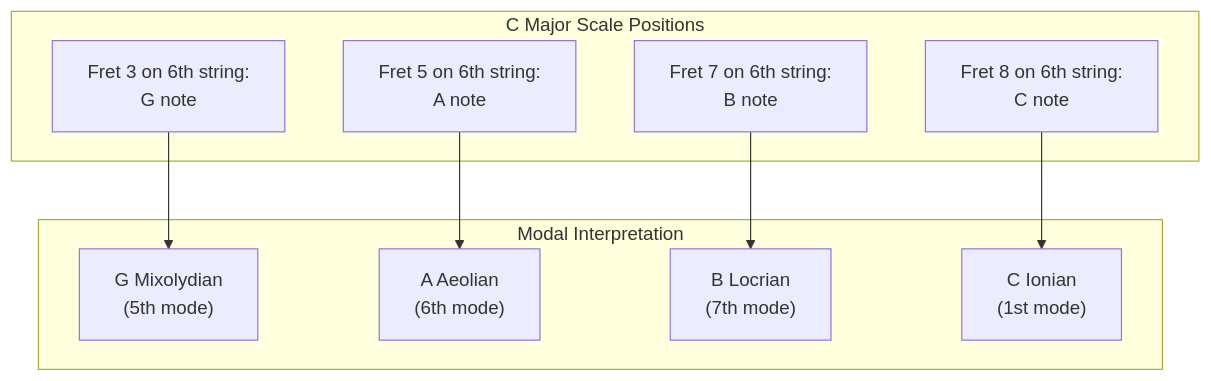
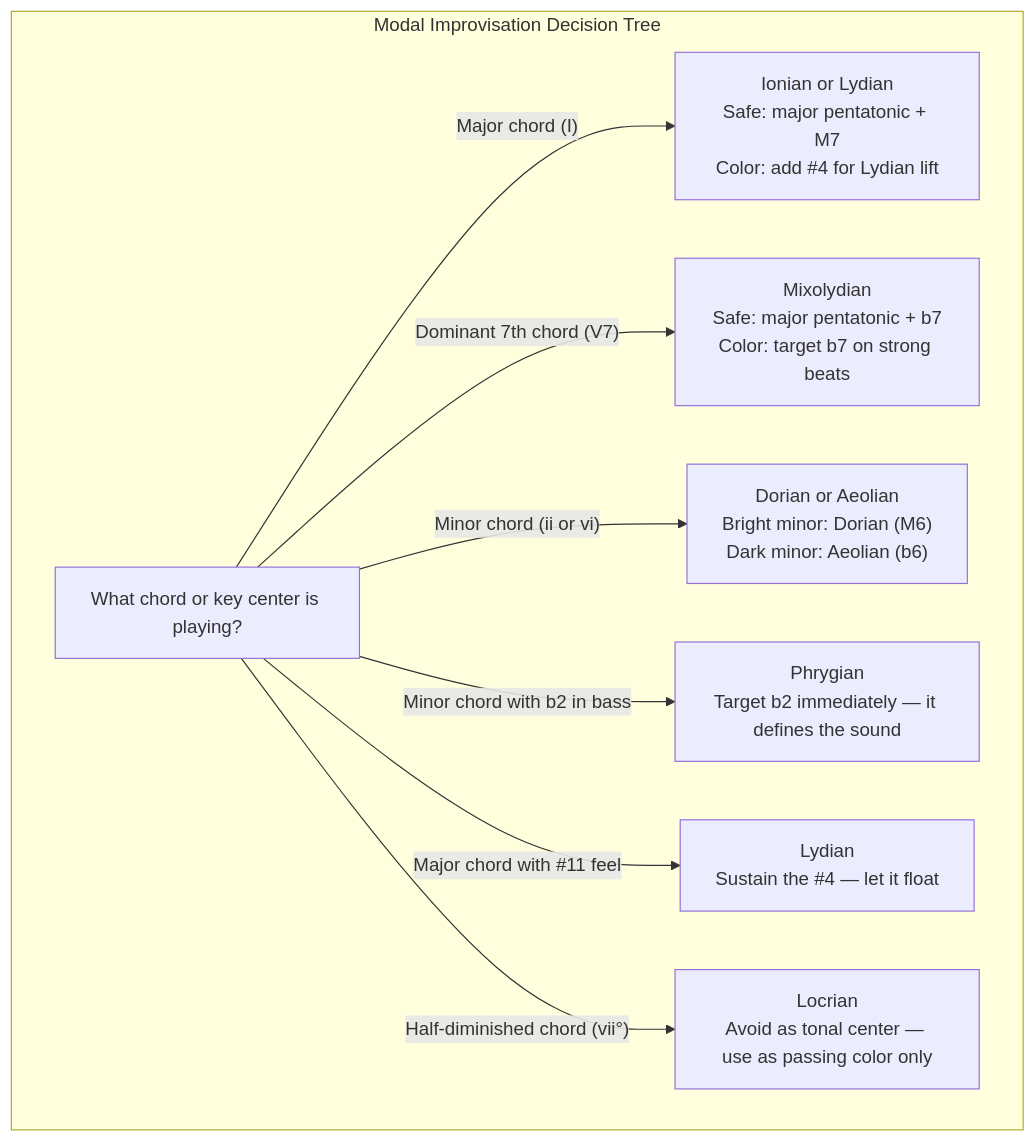
Before and after one commit to blebleblee/synapse: the sixth of 6 diagrams in topics/arts/music_performance/guitar/lesson_03_scales_and_modes.md, drawn with Mermaid. The commit also changed other lines of this file and 2 other files, not shown here.

````diff
--- a/topics/arts/music_performance/guitar/lesson_03_scales_and_modes.md
+++ b/topics/arts/music_performance/guitar/lesson_03_scales_and_modes.md
@@ -232,21 +588,12 @@
 ```mermaid
 flowchart TD
-    subgraph sub_c_major_scale_positions ["C Major Scale Positions"]
-        A["Fret 3 on 6th string:<br/>G note"] 
-        B["Fret 5 on 6th string:<br/>A note"]
-        C["Fret 7 on 6th string:<br/>B note"]
-        D["Fret 8 on 6th string:<br/>C note"]
+    subgraph sub_improv_decision_tree ["Modal Improvisation Decision Tree"]
+        A["What chord or key center is playing?"]
+        A -->|"Major chord (I)"| B["Ionian or Lydian<br/>Safe: major pentatonic + M7<br/>Color: add #4 for Lydian lift"]
+        A -->|"Dominant 7th chord (V7)"| C["Mixolydian<br/>Safe: major pentatonic + b7<br/>Color: target b7 on strong beats"]
+        A -->|"Minor chord (ii or vi)"| D["Dorian or Aeolian<br/>Bright minor: Dorian (M6)<br/>Dark minor: Aeolian (b6)"]
+        A -->|"Minor chord with b2 in bass"| E["Phrygian<br/>Target b2 immediately — it defines the sound"]
+        A -->|"Major chord with #11 feel"| F["Lydian<br/>Sustain the #4 — let it float"]
+        A -->|"Half-diminished chord (vii°)"| G["Locrian<br/>Avoid as tonal center — use as passing color only"]
     end
-    
-    subgraph sub_modal_interpretation ["Modal Interpretation"]
-        E["G Mixolydian<br/>(5th mode)"]
-        F["A Aeolian<br/>(6th mode)"]
-        G["B Locrian<br/>(7th mode)"]
-        H["C Ionian<br/>(1st mode)"]
-    end
-    
-    A --> E
-    B --> F
-    C --> G
-    D --> H
 ```
````
